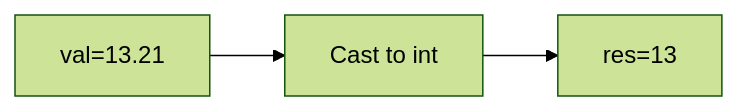
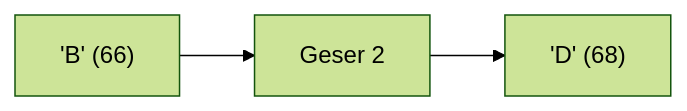
One commit to amnahwaida/OSNK_INF_PREP changed the first of 25 diagrams in part-c-pemahaman-cpp/01-tipe-data/latihan/set-12.md. Above: the diagram before and after it, drawn with Mermaid (forest theme). The commit also changed other lines of this file and 71 other files, not shown here.

````diff
--- a/part-c-pemahaman-cpp/01-tipe-data/latihan/set-12.md
+++ b/part-c-pemahaman-cpp/01-tipe-data/latihan/set-12.md
@@ -21,5 +21,5 @@
 ```mermaid
 graph LR
-A["val=13.21"] --> B["Cast to int"]
-B --> C["res=13"]
+A["'B' (66)"] --> B["Geser 2"]
+B --> C["'D' (68)"]
 ```
````
